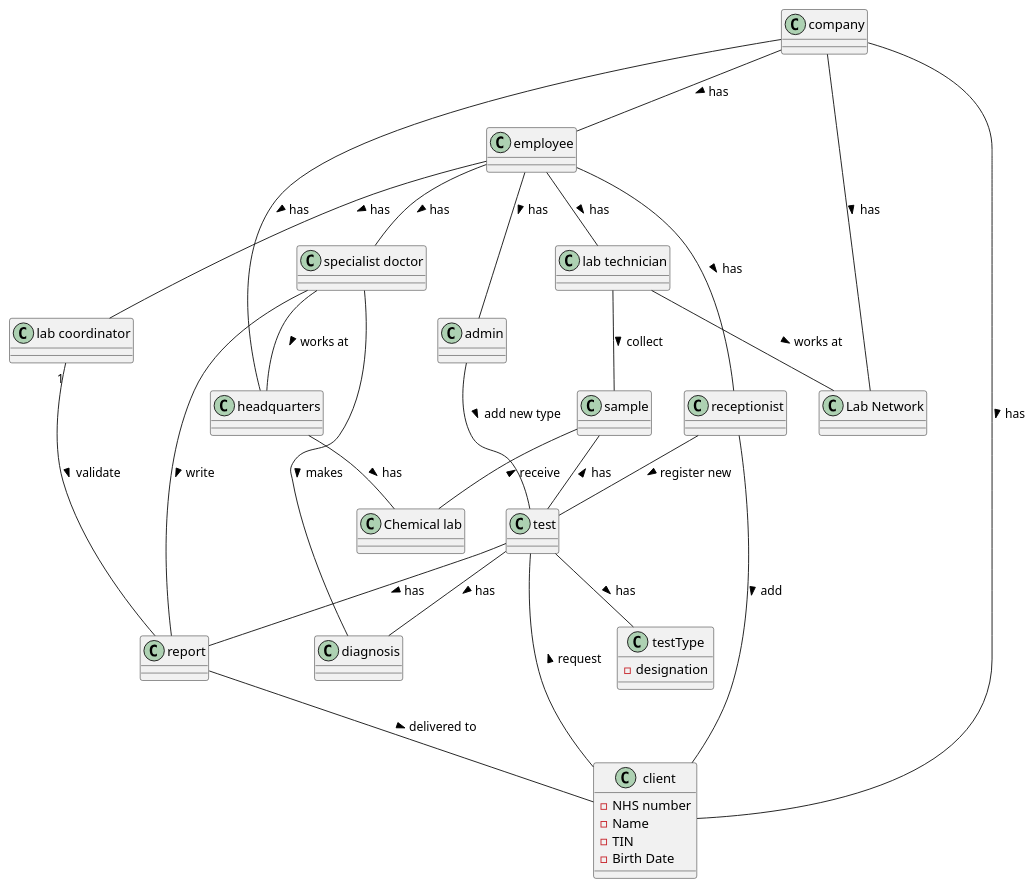
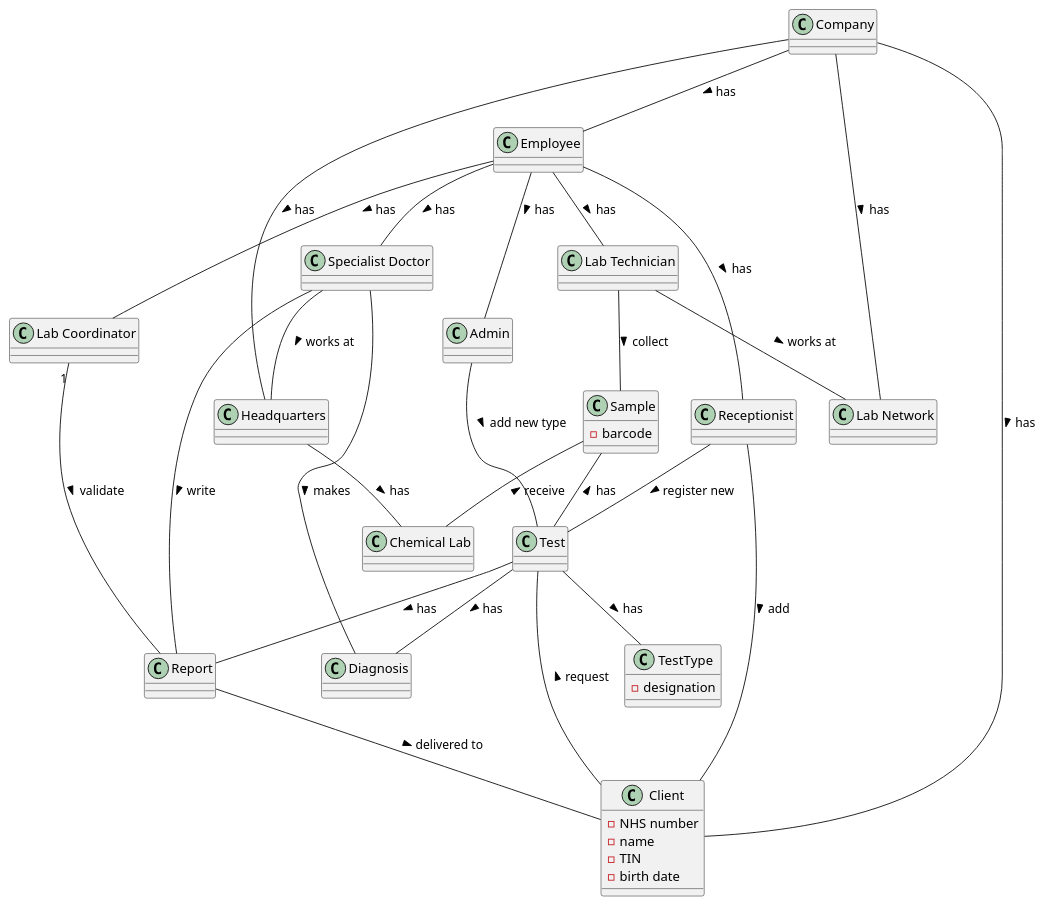
The diagram in docs/SprintA/Domain Model Diagram.puml (GuilhermeCunha79/lapr2), drawn with PlantUML before and after one commit. The commit also changed 1 other file, not shown here.

Commit message:
Mudança das iniciais dos nomes de classes conceptuais para maiusculas. Add class Sample

```diff
--- a/docs/SprintA/Domain Model Diagram.puml
+++ b/docs/SprintA/Domain Model Diagram.puml
@@ -1,42 +1,47 @@
 @startuml
 'https://plantuml.com/sequence-diagram
 
-company -- employee : > has
-company -- client : > has
-company -- "Lab Network" : > has
-"lab technician" -- "Lab Network" : > works at
-receptionist -- test : > register new
-employee -- "lab technician" : > has
-employee -- receptionist : > has
-headquarters -- "Chemical lab" : > has
-company -- headquarters : > has
-receptionist -- client : > add
-employee -- "lab coordinator" : > has
-employee -- admin : > has
-employee -- "specialist doctor" : > has
-admin -- test : > add new type
-test -- report : > has
-test -- diagnosis : > has
-test -- testType : > has
-"lab technician" -- sample : > collect
-sample -- test : < has
-"specialist doctor" -- diagnosis : > makes
-"specialist doctor" -- report : > write
-"specialist doctor" -- headquarters : > works at
-report -- client : > delivered to
-sample -- "Chemical lab" : < receive
-"lab coordinator""1" -- report : > validate
-client -- test : > request
+Company -- Employee : > has
+Company -- Client : > has
+Company -- "Lab Network" : > has
+"Lab Technician" -- "Lab Network" : > works at
+Receptionist -- Test : > register new
+Employee -- "Lab Technician" : > has
+Employee -- Receptionist : > has
+Headquarters -- "Chemical Lab" : > has
+Company -- Headquarters : > has
+Receptionist -- Client : > add
+Employee -- "Lab Coordinator" : > has
+Employee -- Admin : > has
+Employee -- "Specialist Doctor" : > has
+Admin -- Test : > add new type
+Test -- Report : > has
+Test -- Diagnosis : > has
+Test -- TestType : > has
+"Lab Technician" -- Sample : > collect
+Sample -- Test : < has
+"Specialist Doctor" -- Diagnosis : > makes
+"Specialist Doctor" -- Report : > write
+"Specialist Doctor" -- Headquarters : > works at
+Report -- Client : > delivered to
+Sample -- "Chemical Lab" : < receive
+"Lab Coordinator""1" -- Report : > validate
+Client -- Test : > request
 
-class client{
+class Client{
 -NHS number
--Name
+-name
 -TIN
--Birth Date
+-birth date
 }
 
-class testType{
+class TestType{
 -designation
 }
 
+class Sample{
+-barcode
+}
+
+
 @enduml
```
